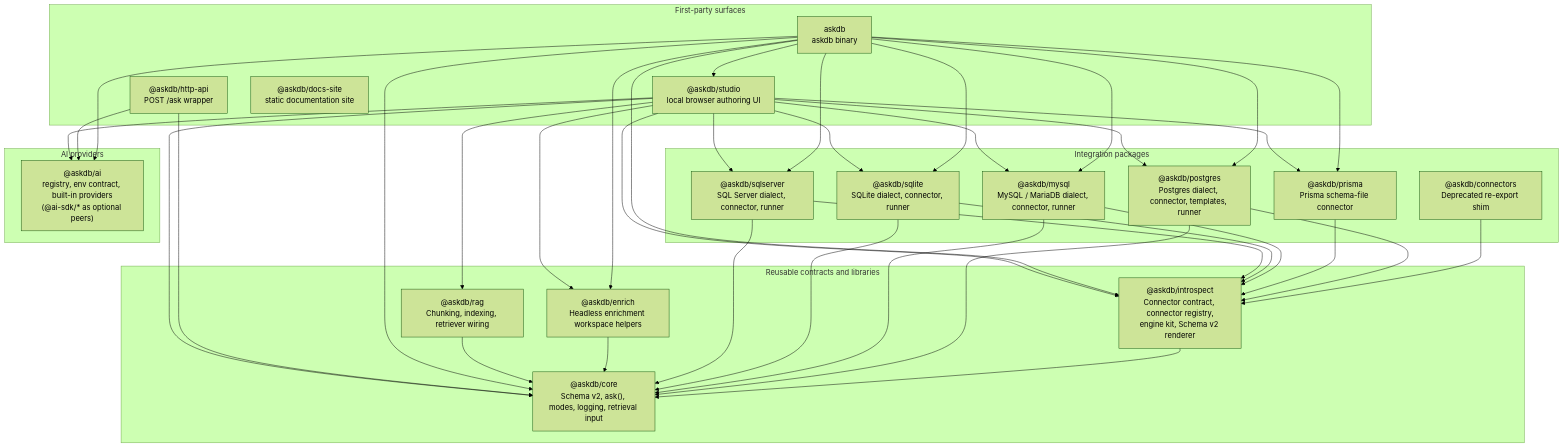
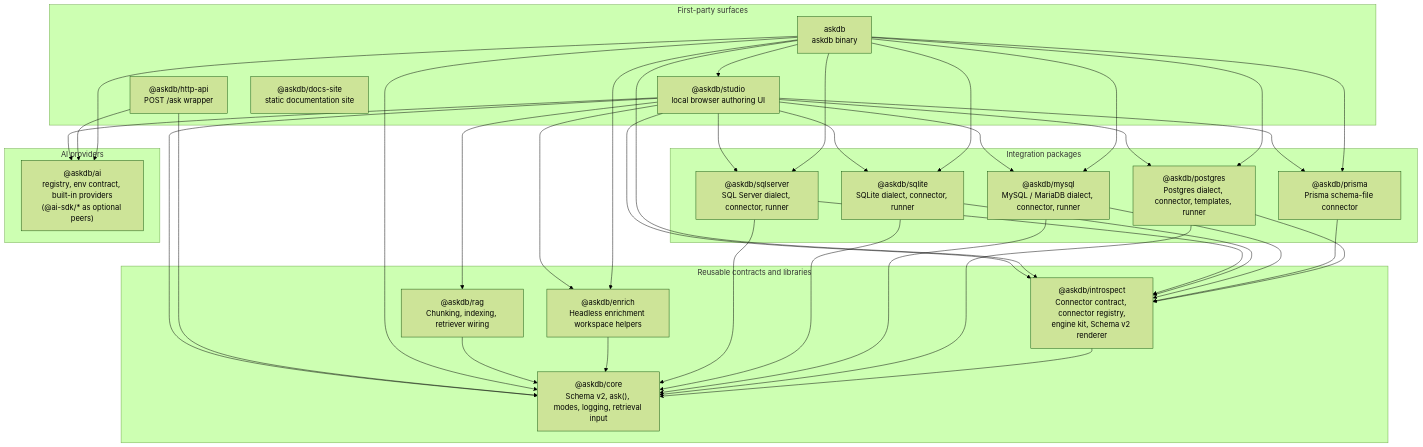
One commit to Ygilany/AskDB changed the second of 7 diagrams in docs/architecture.md. Above: the diagram before and after it, drawn with Mermaid (forest theme). The commit also changed other lines of this file and 16 other files, not shown here.

````diff
--- a/docs/architecture.md
+++ b/docs/architecture.md
@@ -38,65 +38,63 @@
 ```mermaid
 flowchart TB
   subgraph Contracts["Reusable contracts and libraries"]
     core["@askdb/core<br/>Schema v2, ask(), modes, logging, retrieval input"]
     introspect["@askdb/introspect<br/>Connector contract, connector registry,<br/>engine kit, Schema v2 renderer"]
     enrich["@askdb/enrich<br/>Headless enrichment workspace helpers"]
     rag["@askdb/rag<br/>Chunking, indexing, retriever wiring"]
   end
 
   subgraph Integrations["Integration packages"]
     postgres["@askdb/postgres<br/>Postgres dialect, connector, templates, runner"]
     prisma["@askdb/prisma<br/>Prisma schema-file connector"]
-    connectors["@askdb/connectors<br/>Deprecated re-export shim"]
     mysql["@askdb/mysql<br/>MySQL / MariaDB dialect, connector, runner"]
     sqlite["@askdb/sqlite<br/>SQLite dialect, connector, runner"]
     sqlserver["@askdb/sqlserver<br/>SQL Server dialect, connector, runner"]
   end
 
   subgraph AI["AI providers"]
     aiPkg["@askdb/ai<br/>registry, env contract, built-in providers<br/>(@ai-sdk/* as optional peers)"]
   end
 
   subgraph Surfaces["First-party surfaces"]
     cli["askdb<br/>askdb binary"]
     http["@askdb/http-api<br/>POST /ask wrapper"]
     studio["@askdb/studio<br/>local browser authoring UI"]
     docsSite["@askdb/docs-site<br/>static documentation site"]
   end
 
-  connectors --> introspect
   introspect --> core
   postgres --> core
   postgres --> introspect
   prisma --> introspect
   mysql --> core
   mysql --> introspect
   sqlite --> core
   sqlite --> introspect
   sqlserver --> core
   sqlserver --> introspect
   enrich --> core
   rag --> core
   cli --> core
   cli --> introspect
   cli --> postgres
   cli --> prisma
   cli --> mysql
   cli --> sqlite
   cli --> sqlserver
   cli --> enrich
   cli --> studio
   cli --> aiPkg
   http --> core
   http --> aiPkg
   studio --> core
   studio --> introspect
   studio --> enrich
   studio --> postgres
   studio --> mysql
   studio --> sqlite
   studio --> sqlserver
   studio --> prisma
   studio --> rag
   studio --> aiPkg
 ```
````
